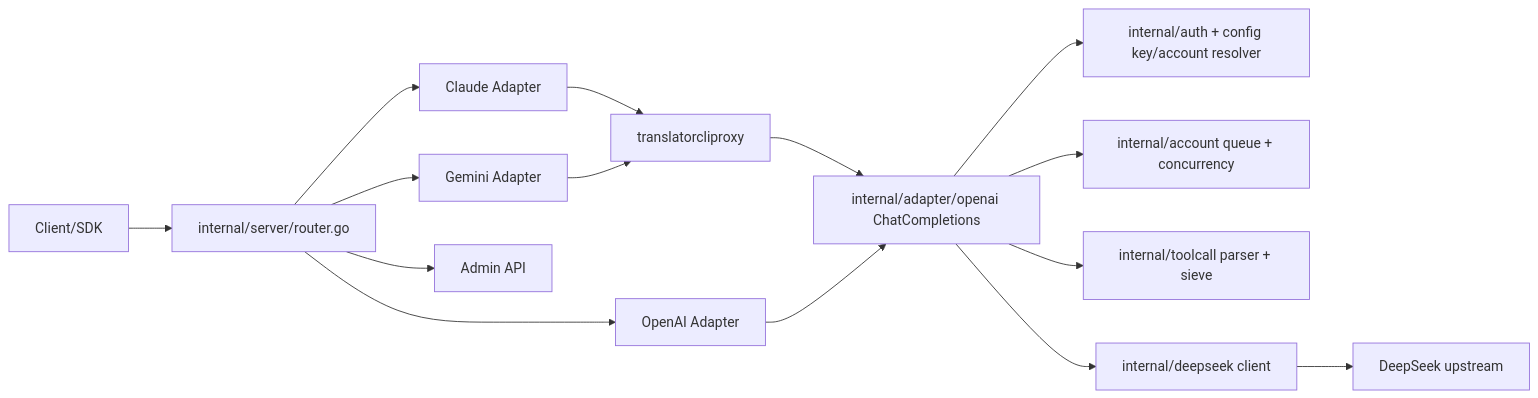
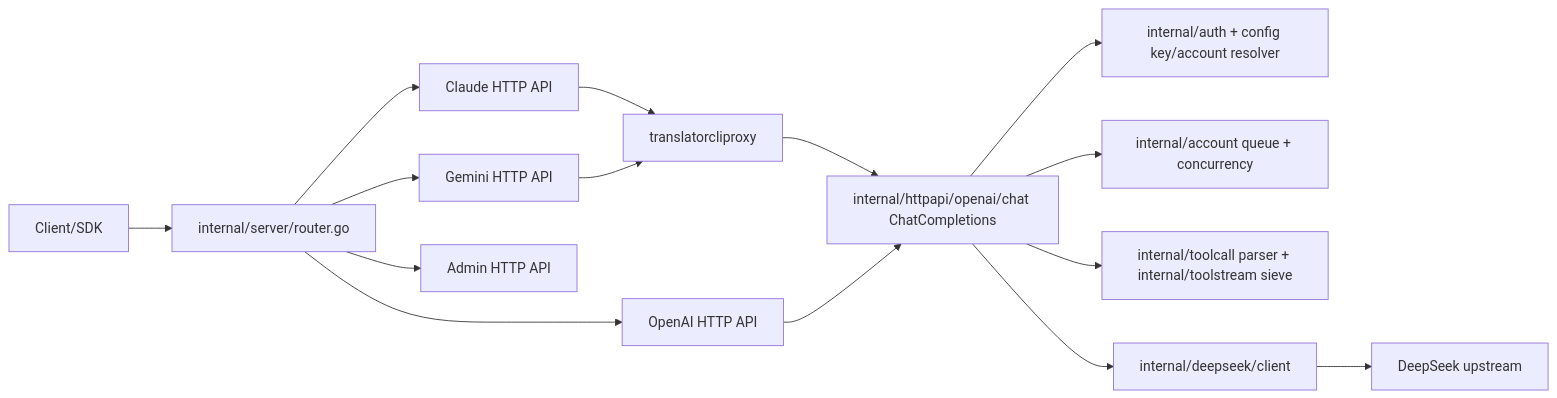
One commit to 1cyberlangke1/dsp changed the diagram in docs/ARCHITECTURE.en.md. Above: the diagram before and after it, drawn with Mermaid. The commit also changed other lines of this file and 318 other files, not shown here.

````diff
--- a/docs/ARCHITECTURE.en.md
+++ b/docs/ARCHITECTURE.en.md
@@ -93,19 +103,19 @@
 ```mermaid
 flowchart LR
     C[Client/SDK] --> R[internal/server/router.go]
-    R --> OA[OpenAI Adapter]
-    R --> CA[Claude Adapter]
-    R --> GA[Gemini Adapter]
-    R --> AD[Admin API]
+    R --> OA[OpenAI HTTP API]
+    R --> CA[Claude HTTP API]
+    R --> GA[Gemini HTTP API]
+    R --> AD[Admin HTTP API]
 
     CA --> BR[translatorcliproxy]
     GA --> BR
-    BR --> CORE[internal/adapter/openai ChatCompletions]
+    BR --> CORE[internal/httpapi/openai/chat ChatCompletions]
     OA --> CORE
 
     CORE --> AUTH[internal/auth + config key/account resolver]
     CORE --> POOL[internal/account queue + concurrency]
-    CORE --> TOOL[internal/toolcall parser + sieve]
-    CORE --> DS[internal/deepseek client]
+    CORE --> TOOL[internal/toolcall parser + internal/toolstream sieve]
+    CORE --> DS[internal/deepseek/client]
     DS --> U[DeepSeek upstream]
 ```
````
